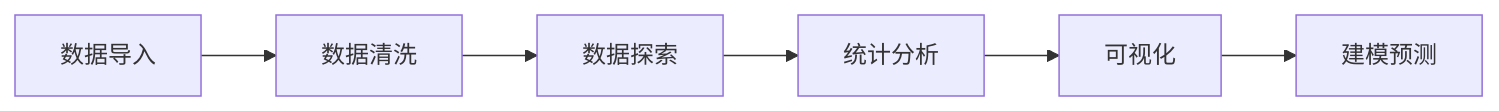
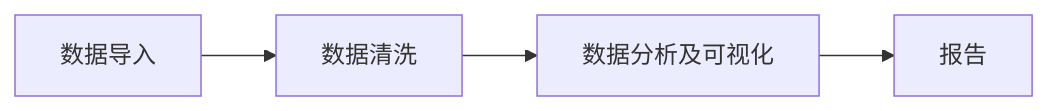
One commit to D2RS-2026spring/lecture5-R-group-comparison changed the diagram in r-basic.qmd. Above: the diagram before and after it, drawn with Mermaid. The commit also changed other lines of this file and 5 other files, not shown here.

Commit message:
补全图注

````diff
--- a/r-basic.qmd
+++ b/r-basic.qmd
@@ -20,8 +20,6 @@
 ```{mermaid}
 graph LR
     A[数据导入] --> B[数据清洗]
-    B --> C[数据探索]
-    C --> D[统计分析]
-    D --> E[可视化]
-    E --> F[建模预测]
+    B --> C[数据分析及可视化]
+    C --> D[报告]
 ```
````
